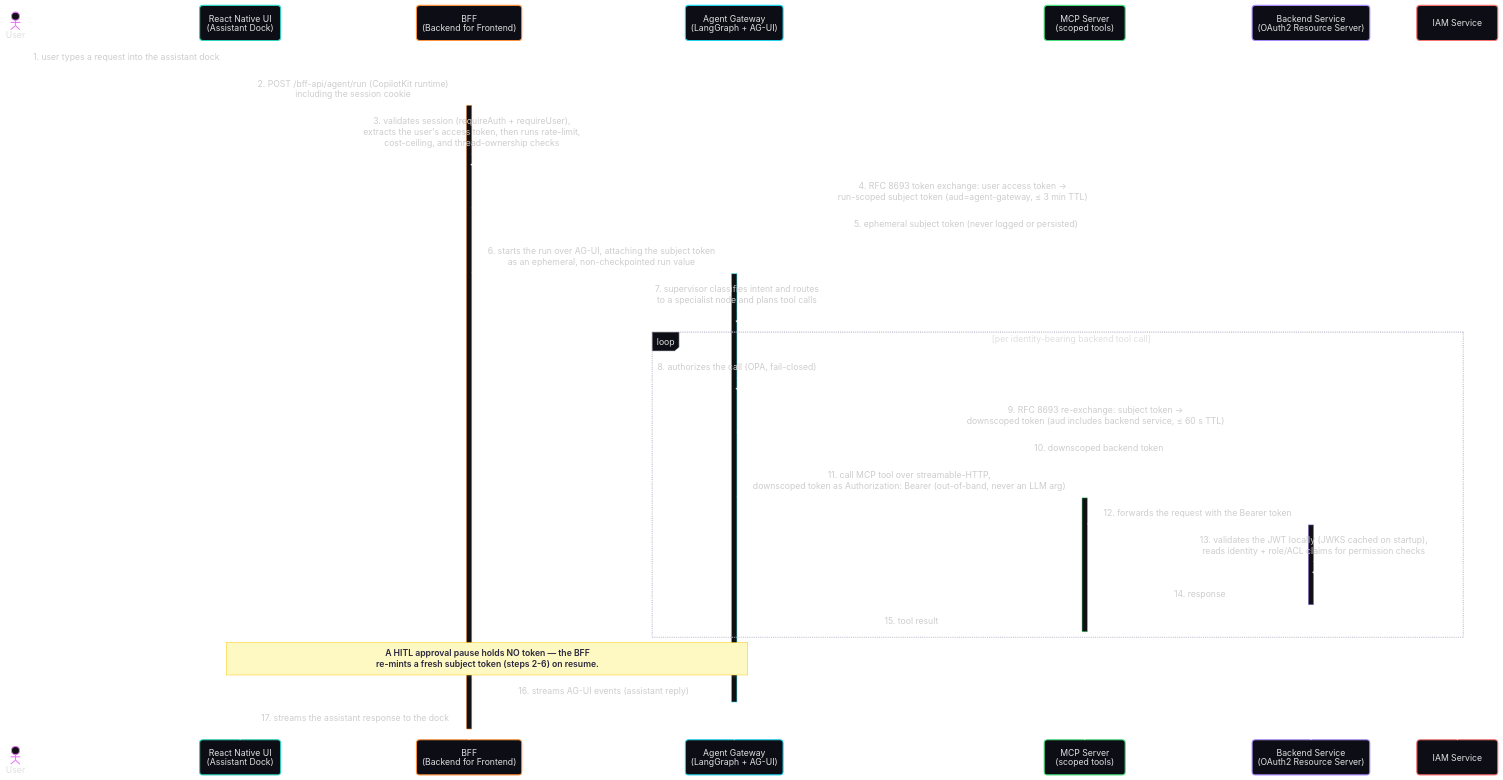
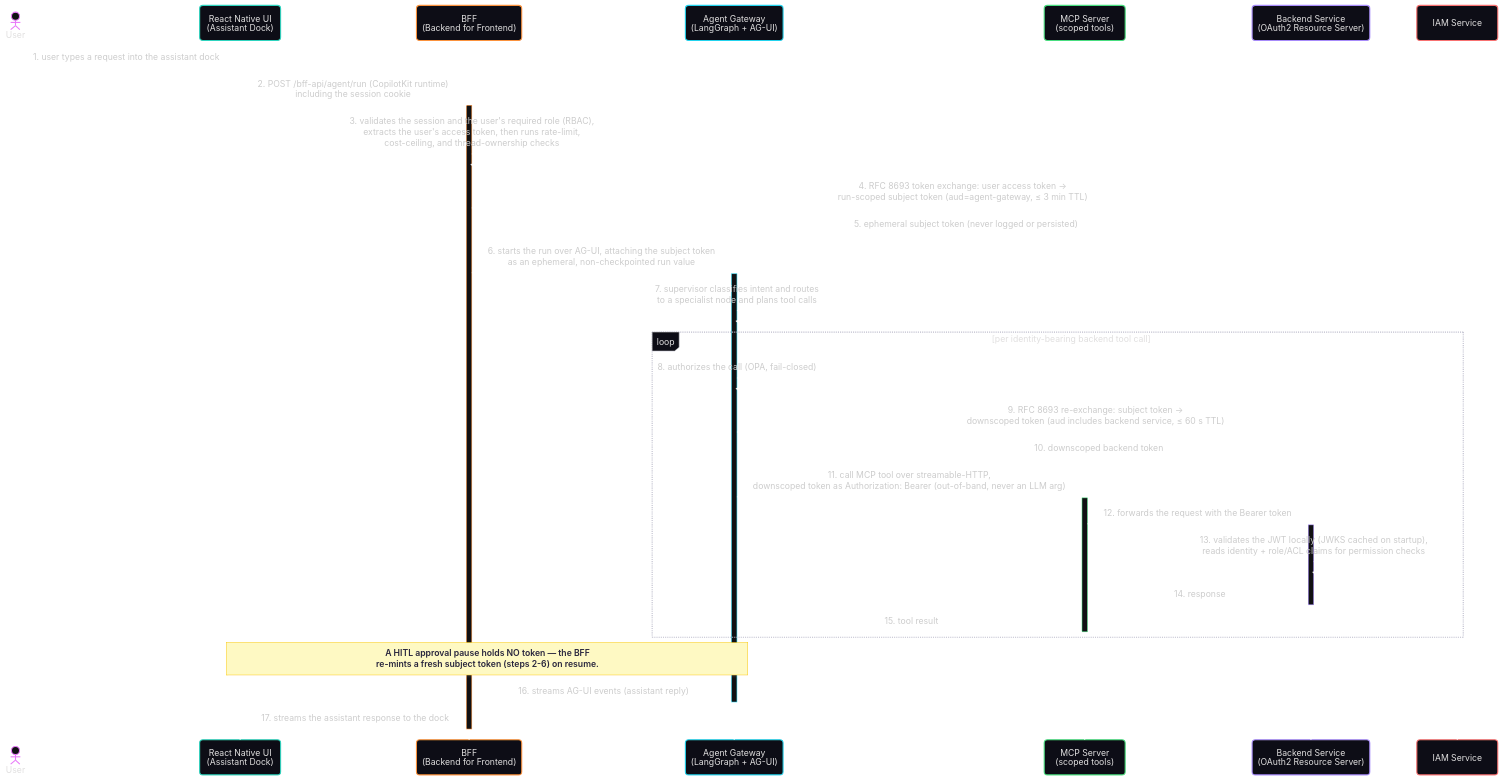
The fifth of 5 diagrams in .specify/memory/constitution.md (jumbleknot/MovieCollectionManager), drawn with Mermaid before and after one commit. The commit also changed other lines of this file and 1 other file, not shown here.

Commit message:
auth flow updates

````diff
--- a/.specify/memory/constitution.md
+++ b/.specify/memory/constitution.md
@@ -946,44 +946,44 @@
 ```mermaid
 ---
 config:
   theme: redux-dark-color
   look: neo
 ---
 sequenceDiagram
   actor User
   participant ReactNativeUI as React Native UI<br/>(Assistant Dock)
   participant BFF as BFF<br/>(Backend for Frontend)
   participant Gateway as Agent Gateway<br/>(LangGraph + AG-UI)
   participant MCP as MCP Server<br/>(scoped tools)
   participant Backend as Backend Service<br/>(OAuth2 Resource Server)
   participant IAM as IAM Service
 
   User->>ReactNativeUI: 1. user types a request into the assistant dock
   ReactNativeUI->>BFF: 2. POST /bff-api/agent/run (CopilotKit runtime)<br/>including the session cookie
   activate BFF
-  BFF->>BFF: 3. validates session (requireAuth + requireUser),<br/>extracts the user's access token, then runs rate-limit,<br/>cost-ceiling, and thread-ownership checks
+  BFF->>BFF: 3. validates the session and the user's required role (RBAC),<br/>extracts the user's access token, then runs rate-limit,<br/>cost-ceiling, and thread-ownership checks
   BFF->>IAM: 4. RFC 8693 token exchange: user access token →<br/>run-scoped subject token (aud=agent-gateway, ≤ 3 min TTL)
   IAM-->>BFF: 5. ephemeral subject token (never logged or persisted)
   BFF->>Gateway: 6. starts the run over AG-UI, attaching the subject token<br/>as an ephemeral, non-checkpointed run value
   activate Gateway
   Gateway->>Gateway: 7. supervisor classifies intent and routes<br/>to a specialist node and plans tool calls
   loop per identity-bearing backend tool call
     Gateway->>Gateway: 8. authorizes the call (OPA, fail-closed)
     Gateway->>IAM: 9. RFC 8693 re-exchange: subject token →<br/>downscoped token (aud includes backend service, ≤ 60 s TTL)
     IAM-->>Gateway: 10. downscoped backend token
     Gateway->>MCP: 11. call MCP tool over streamable-HTTP,<br/>downscoped token as Authorization: Bearer (out-of-band, never an LLM arg)
     activate MCP
     MCP->>Backend: 12. forwards the request with the Bearer token
     activate Backend
     Backend->>Backend: 13. validates the JWT locally (JWKS cached on startup),<br/>reads identity + role/ACL claims for permission checks
     Backend-->>MCP: 14. response
     deactivate Backend
     MCP-->>Gateway: 15. tool result
     deactivate MCP
   end
   Note over ReactNativeUI,Gateway: A HITL approval pause holds NO token — the BFF<br/>re-mints a fresh subject token (steps 2-6) on resume.
   Gateway-->>BFF: 16. streams AG-UI events (assistant reply)
   deactivate Gateway
   BFF-->>ReactNativeUI: 17. streams the assistant response to the dock
   deactivate BFF
 ```
````
